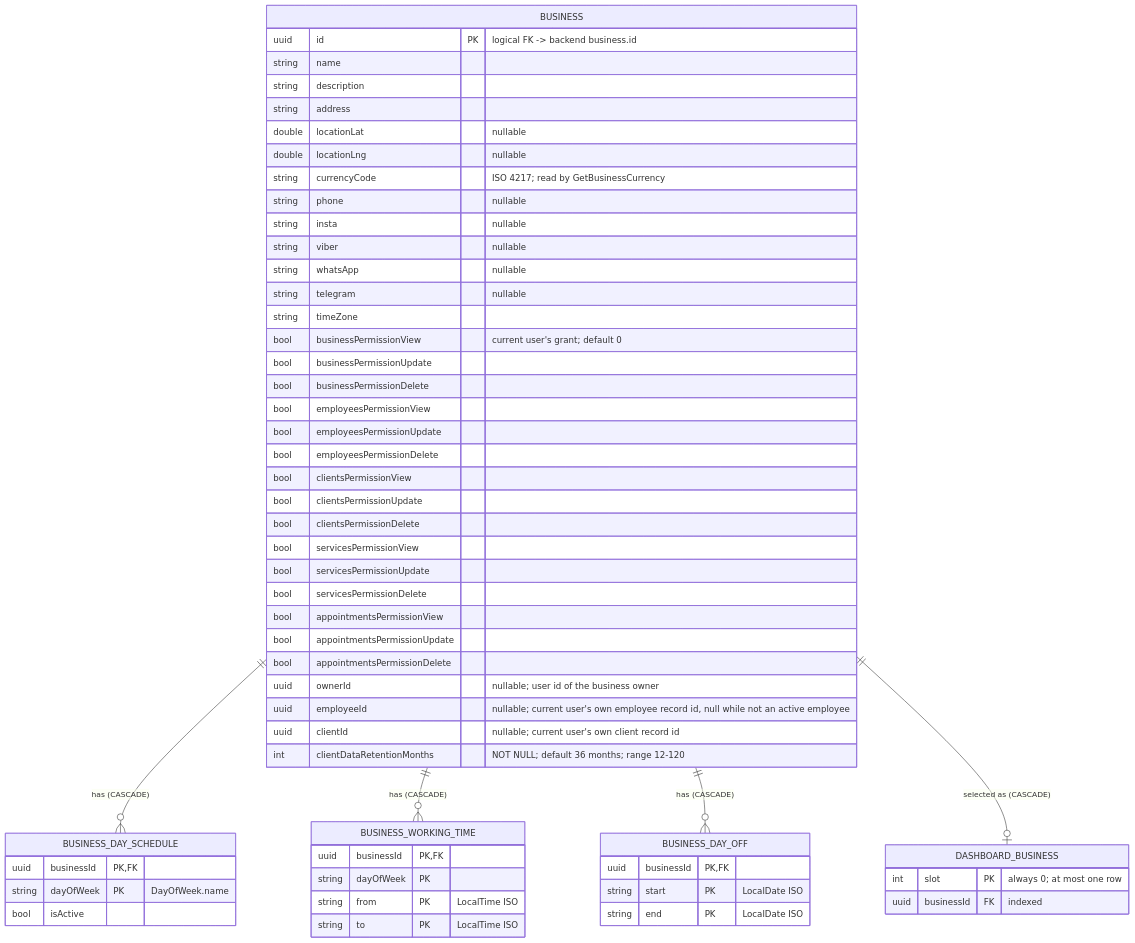
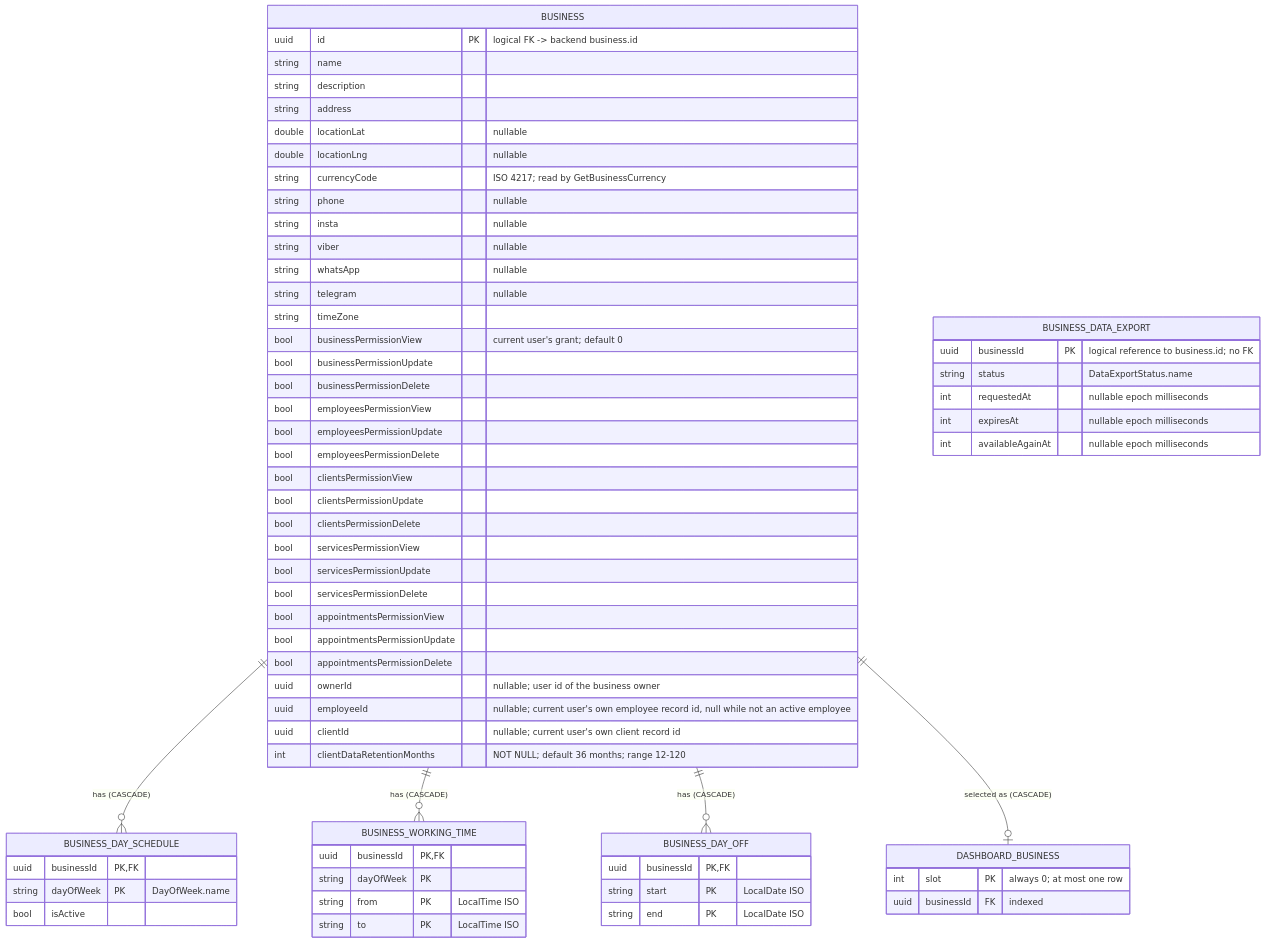
One commit to nocturneproperties/bookkme-client changed the diagram in docs/database/business.md. Above: the diagram before and after it, drawn with Mermaid. The commit also changed other lines of this file and 81 other files, not shown here.

Commit message:
[ISSUE-132] business data export

````diff
--- a/docs/database/business.md
+++ b/docs/database/business.md
@@ -14,66 +14,74 @@
 ```mermaid
 erDiagram
     BUSINESS ||--o{ BUSINESS_DAY_SCHEDULE : "has (CASCADE)"
     BUSINESS ||--o{ BUSINESS_WORKING_TIME : "has (CASCADE)"
     BUSINESS ||--o{ BUSINESS_DAY_OFF : "has (CASCADE)"
     BUSINESS ||--o| DASHBOARD_BUSINESS : "selected as (CASCADE)"
 
     BUSINESS {
         uuid id PK "logical FK -> backend business.id"
         string name
         string description
         string address
         double locationLat "nullable"
         double locationLng "nullable"
         string currencyCode "ISO 4217; read by GetBusinessCurrency"
         string phone "nullable"
         string insta "nullable"
         string viber "nullable"
         string whatsApp "nullable"
         string telegram "nullable"
         string timeZone
         bool businessPermissionView "current user's grant; default 0"
         bool businessPermissionUpdate
         bool businessPermissionDelete
         bool employeesPermissionView
         bool employeesPermissionUpdate
         bool employeesPermissionDelete
         bool clientsPermissionView
         bool clientsPermissionUpdate
         bool clientsPermissionDelete
         bool servicesPermissionView
         bool servicesPermissionUpdate
         bool servicesPermissionDelete
         bool appointmentsPermissionView
         bool appointmentsPermissionUpdate
         bool appointmentsPermissionDelete
         uuid ownerId "nullable; user id of the business owner"
         uuid employeeId "nullable; current user's own employee record id, null while not an active employee"
         uuid clientId "nullable; current user's own client record id"
         int clientDataRetentionMonths "NOT NULL; default 36 months; range 12-120"
     }
 
     BUSINESS_DAY_SCHEDULE {
         uuid businessId PK,FK
         string dayOfWeek PK "DayOfWeek.name"
         bool isActive
     }
 
     BUSINESS_WORKING_TIME {
         uuid businessId PK,FK
         string dayOfWeek PK
         string from PK "LocalTime ISO"
         string to PK "LocalTime ISO"
     }
 
     BUSINESS_DAY_OFF {
         uuid businessId PK,FK
         string start PK "LocalDate ISO"
         string end PK "LocalDate ISO"
     }
 
     DASHBOARD_BUSINESS {
         int slot PK "always 0; at most one row"
         uuid businessId FK "indexed"
     }
+
+    BUSINESS_DATA_EXPORT {
+        uuid businessId PK "logical reference to business.id; no FK"
+        string status "DataExportStatus.name"
+        int requestedAt "nullable epoch milliseconds"
+        int expiresAt "nullable epoch milliseconds"
+        int availableAgainAt "nullable epoch milliseconds"
+    }
 ```
````
